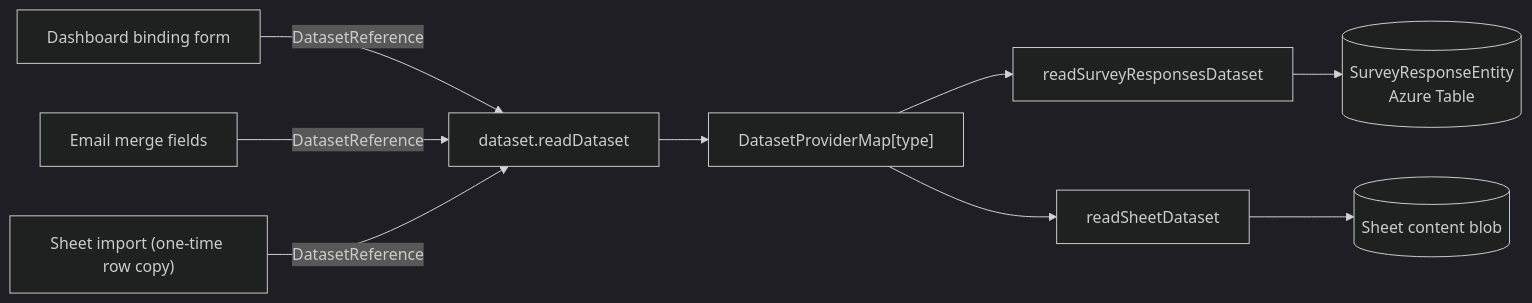
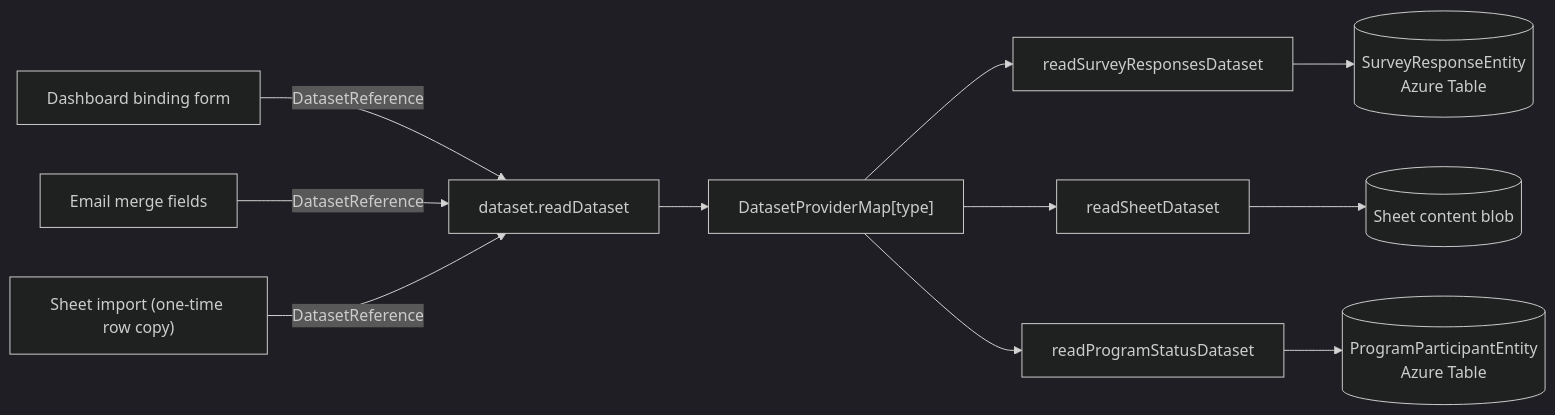
One commit to Esposter/Esposter changed the diagram in packages/app/content/docs/architecture/datasets.md. Above: the diagram before and after it, drawn with Mermaid (dark theme). The commit also changed other lines of this file and 14 other files, not shown here.

First line of the commit message:
docs: sync architecture pages with shipped resource types, fix promoted-proposal links, add consistency-test proposals

````diff
--- a/packages/app/content/docs/architecture/datasets.md
+++ b/packages/app/content/docs/architecture/datasets.md
@@ -49,9 +50,10 @@
 ```mermaid
 flowchart LR
   DASH["Dashboard binding form"] -->|DatasetReference| RD["dataset.readDataset"]
   EMAIL["Email merge fields"] -->|DatasetReference| RD
   IMPORT["Sheet import (one-time row copy)"] -->|DatasetReference| RD
   RD --> MAP["DatasetProviderMap[type]"]
   MAP --> SR["readSurveyResponsesDataset"] --> AT[("SurveyResponseEntity<br/>Azure Table")]
   MAP --> FR["readSheetDataset"] --> BLOB[("Sheet content blob")]
+  MAP --> PR["readProgramStatusDataset"] --> PT[("ProgramParticipantEntity<br/>Azure Table")]
 ```
````
